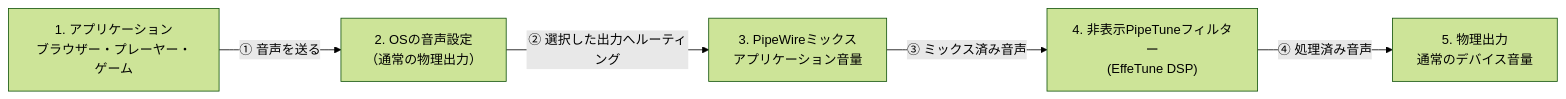
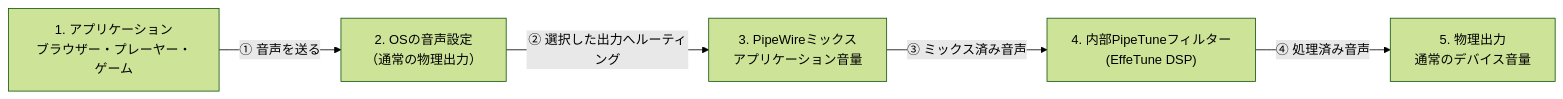
One commit to kekyo/pipetune changed the diagram in README_ja.md. Above: the diagram before and after it, drawn with Mermaid (forest theme). The commit also changed other lines of this file and 10 other files, not shown here.

````diff
--- a/README_ja.md
+++ b/README_ja.md
@@ -127,13 +127,13 @@
 ```mermaid
 flowchart LR
     app["1. アプリケーション<br/>ブラウザー・プレーヤー・ゲーム"]
     os["2. OSの音声設定<br/>（通常の物理出力）"]
     mix["3. PipeWireミックス<br/>アプリケーション音量"]
-    tune["4. 非表示PipeTuneフィルター<br/>(EffeTune DSP)"]
+    tune["4. 内部PipeTuneフィルター<br/>(EffeTune DSP)"]
     device["5. 物理出力<br/>通常のデバイス音量"]
 
     app -->|"① 音声を送る"| os
     os -->|"② 選択した出力へルーティング"| mix
     mix -->|"③ ミックス済み音声"| tune
     tune -->|"④ 処理済み音声"| device
 ```
````
